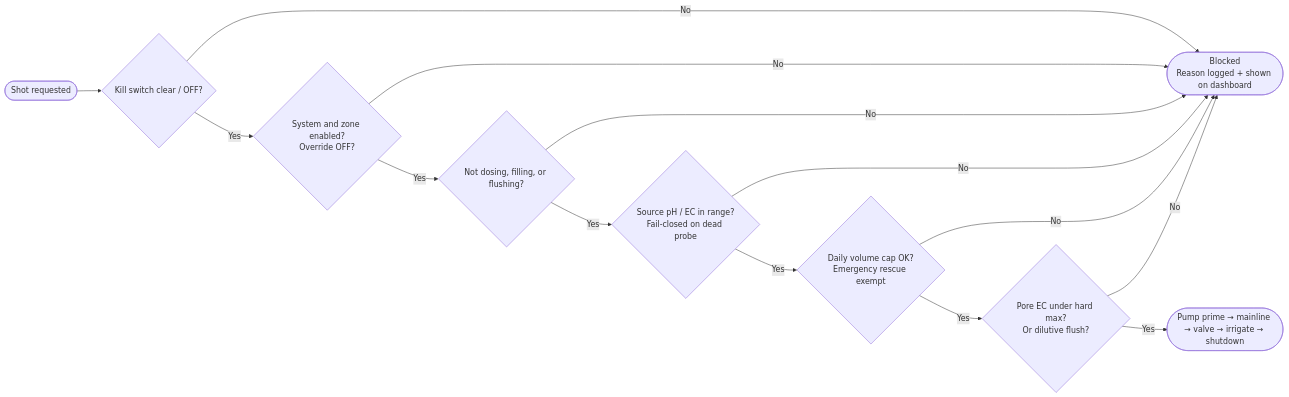
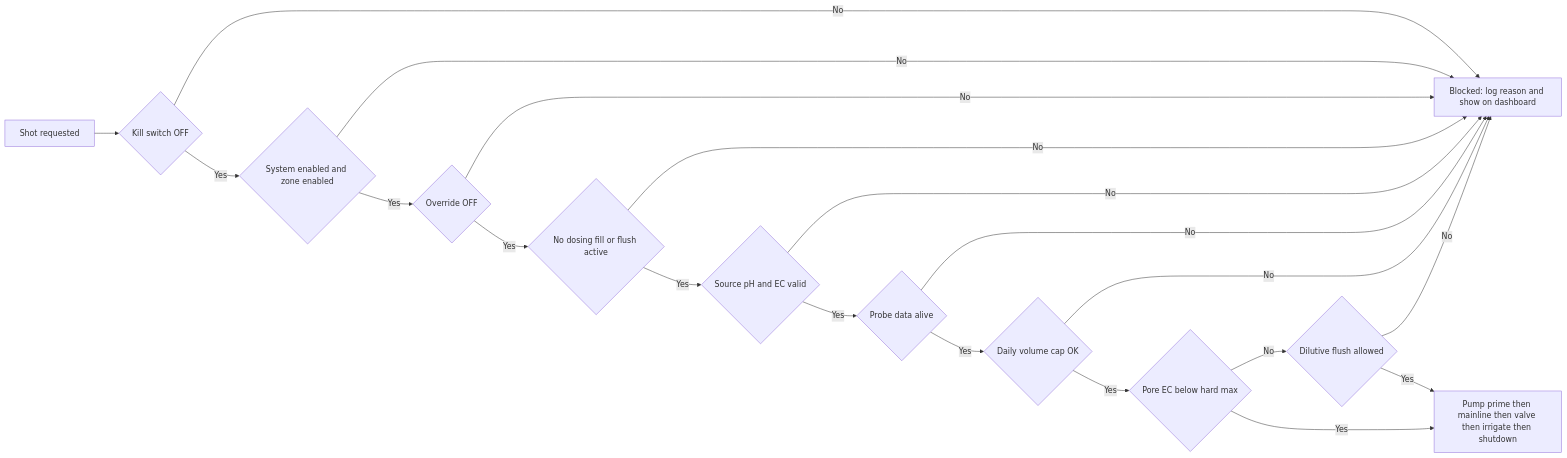
The third of 3 diagrams in README.md (JakeTheRabbit/HA-Irrigation-Strategy), drawn with Mermaid before and after one commit.

````diff
--- a/README.md
+++ b/README.md
@@ -249,22 +249,31 @@
 ```mermaid
 flowchart LR
-    REQ(["Shot requested"]) --> C0{"Kill switch clear / OFF?"}
+    REQ["Shot requested"] --> C0{"Kill switch OFF"}
 
-    C0 -- "No" --> STOP(["Blocked<br/>Reason logged + shown on dashboard"])
-    C0 -- "Yes" --> C1{"System and zone enabled?<br/>Override OFF?"}
+    C0 -- No --> STOP["Blocked: log reason and show on dashboard"]
+    C0 -- Yes --> C1{"System enabled and zone enabled"}
 
-    C1 -- "No" --> STOP
-    C1 -- "Yes" --> C2{"Not dosing, filling, or flushing?"}
+    C1 -- No --> STOP
+    C1 -- Yes --> C2{"Override OFF"}
 
-    C2 -- "No" --> STOP
-    C2 -- "Yes" --> C3{"Source pH / EC in range?<br/>Fail-closed on dead probe"}
+    C2 -- No --> STOP
+    C2 -- Yes --> C3{"No dosing fill or flush active"}
 
-    C3 -- "No" --> STOP
-    C3 -- "Yes" --> C4{"Daily volume cap OK?<br/>Emergency rescue exempt"}
+    C3 -- No --> STOP
+    C3 -- Yes --> C4{"Source pH and EC valid"}
 
-    C4 -- "No" --> STOP
-    C4 -- "Yes" --> C5{"Pore EC under hard max?<br/>Or dilutive flush?"}
+    C4 -- No --> STOP
+    C4 -- Yes --> C5{"Probe data alive"}
 
-    C5 -- "No" --> STOP
-    C5 -- "Yes" --> FIRE(["Pump prime → mainline → valve → irrigate → shutdown"])
+    C5 -- No --> STOP
+    C5 -- Yes --> C6{"Daily volume cap OK"}
+
+    C6 -- No --> STOP
+    C6 -- Yes --> C7{"Pore EC below hard max"}
+
+    C7 -- No --> C8{"Dilutive flush allowed"}
+    C8 -- No --> STOP
+    C8 -- Yes --> FIRE["Pump prime then mainline then valve then irrigate then shutdown"]
+
+    C7 -- Yes --> FIRE
 ```
````
